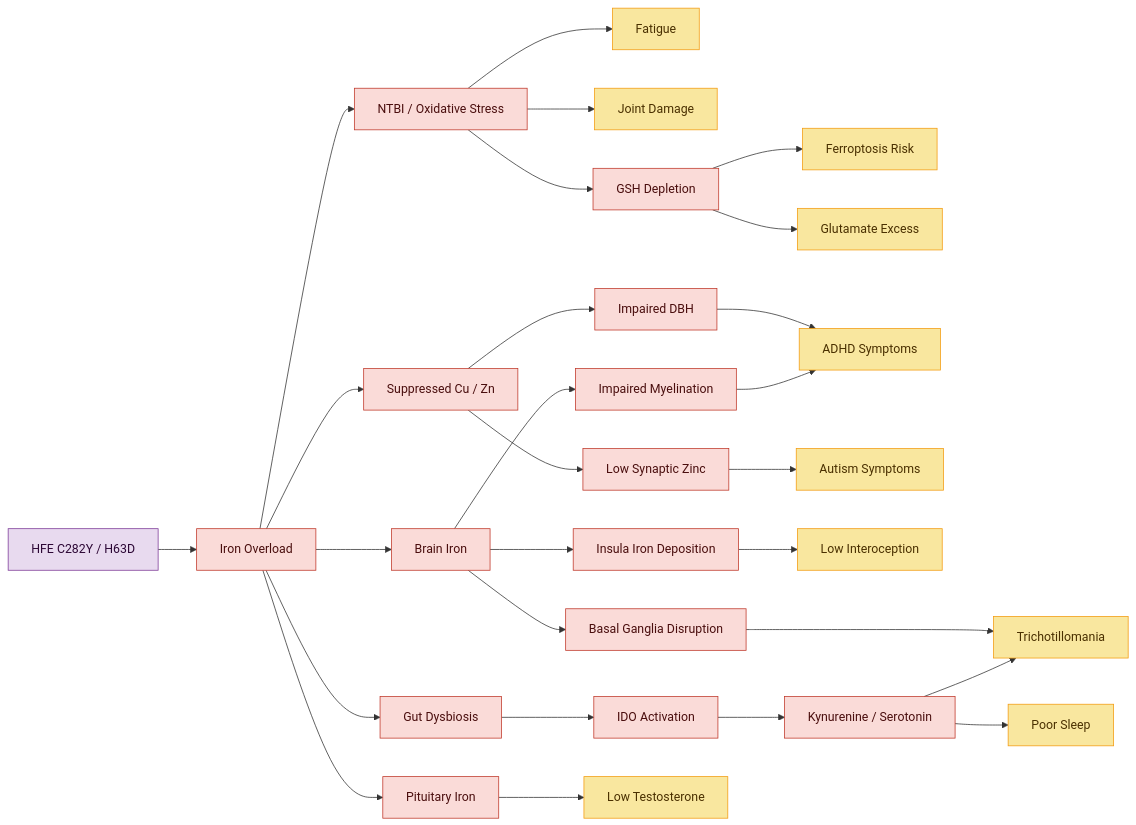
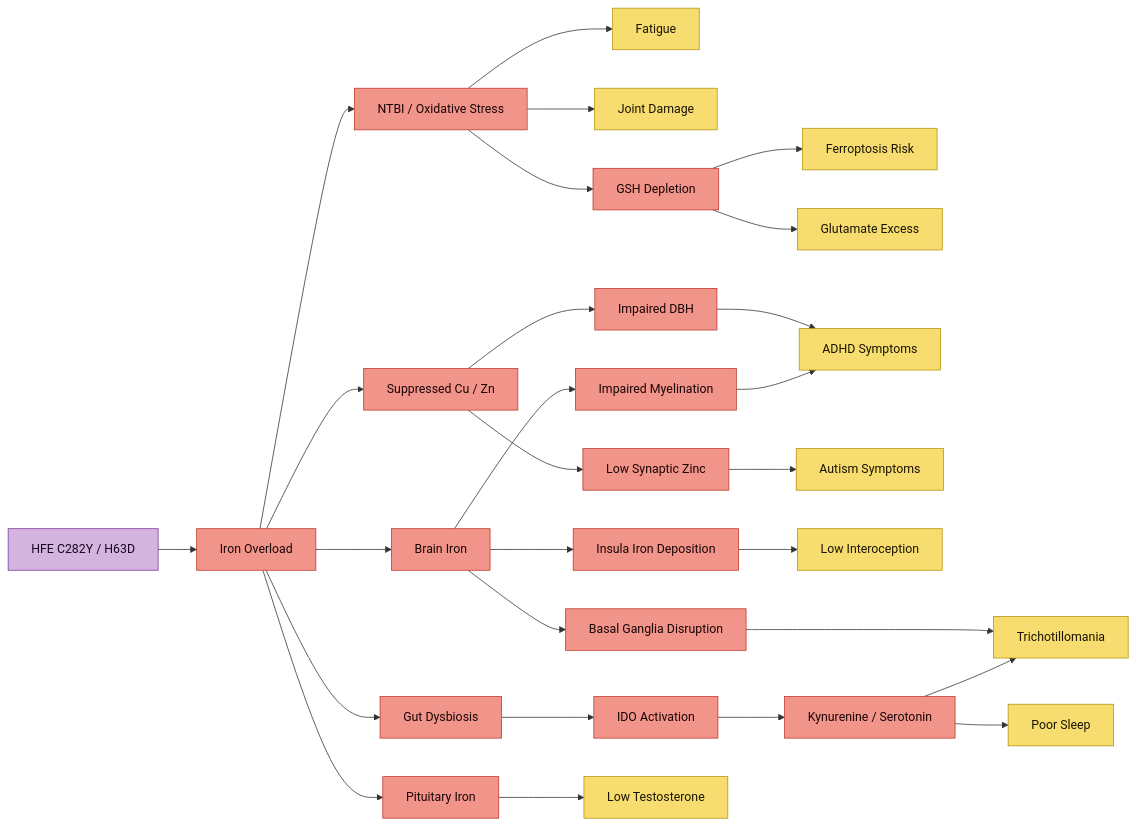
Before and after one commit to Aegis-commits/ag-hfe-adhd-asd-research: the first of 2 diagrams in src/site/notes/Health Research MOC.md, drawn with Mermaid. The commit also changed other lines of this file and 39 other files, not shown here.

````diff
--- a/src/site/notes/Health Research MOC.md
+++ b/src/site/notes/Health Research MOC.md
@@ -118,38 +129,38 @@
 ```mermaid
 flowchart LR
-    classDef gen fill:#e8daef,stroke:#7d3c98,color:#2c0735
-    classDef iron fill:#fadbd8,stroke:#c0392b,color:#4a0e0e
-    classDef out fill:#f9e79f,stroke:#f39c12,color:#4a3000
+    classDef gen fill:#d2b4de,stroke:#7d3c98,color:#1a0422
+    classDef iron fill:#f1948a,stroke:#c0392b,color:#1a0505
+    classDef out fill:#f7dc6f,stroke:#b7950b,color:#1a1400
 
     A[HFE C282Y / H63D]:::gen --> B[Iron Overload]:::iron
     B --> C[NTBI / Oxidative Stress]:::iron
     B --> D[Suppressed Cu / Zn]:::iron
     B --> I[Brain Iron]:::iron
     B --> N[Gut Dysbiosis]:::iron
     B --> AW[Pituitary Iron]:::iron
 
     C --> E[Fatigue]:::out
     C --> F[Joint Damage]:::out
     C --> GSH[GSH Depletion]:::iron
     GSH --> FPT[Ferroptosis Risk]:::out
     GSH --> GLU[Glutamate Excess]:::out
 
     D --> DBH[Impaired DBH]:::iron
     D --> ZN[Low Synaptic Zinc]:::iron
     DBH --> ADHD[ADHD Symptoms]:::out
     ZN --> ASD[Autism Symptoms]:::out
 
     I --> BG[Basal Ganglia Disruption]:::iron
     I --> MY[Impaired Myelination]:::iron
     I --> INS[Insula Iron Deposition]:::iron
     BG --> TTM[Trichotillomania]:::out
     MY --> ADHD
     INS --> INT[Low Interoception]:::out
 
     N --> IDO[IDO Activation]:::iron
     IDO --> KYN[Kynurenine / Serotonin]:::iron
     KYN --> TTM
     KYN --> SLP[Poor Sleep]:::out
 
     AW --> TEST[Low Testosterone]:::out
 ```
````
